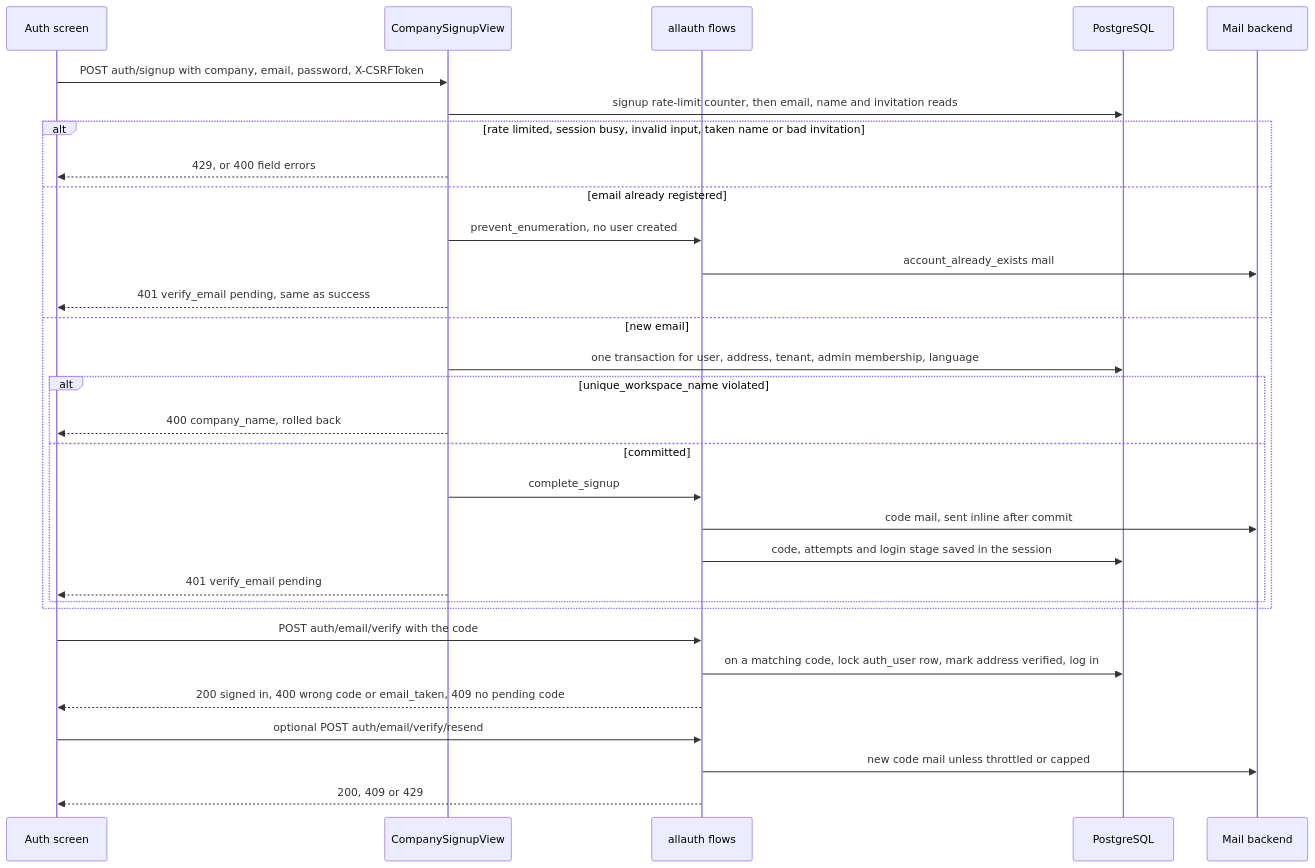
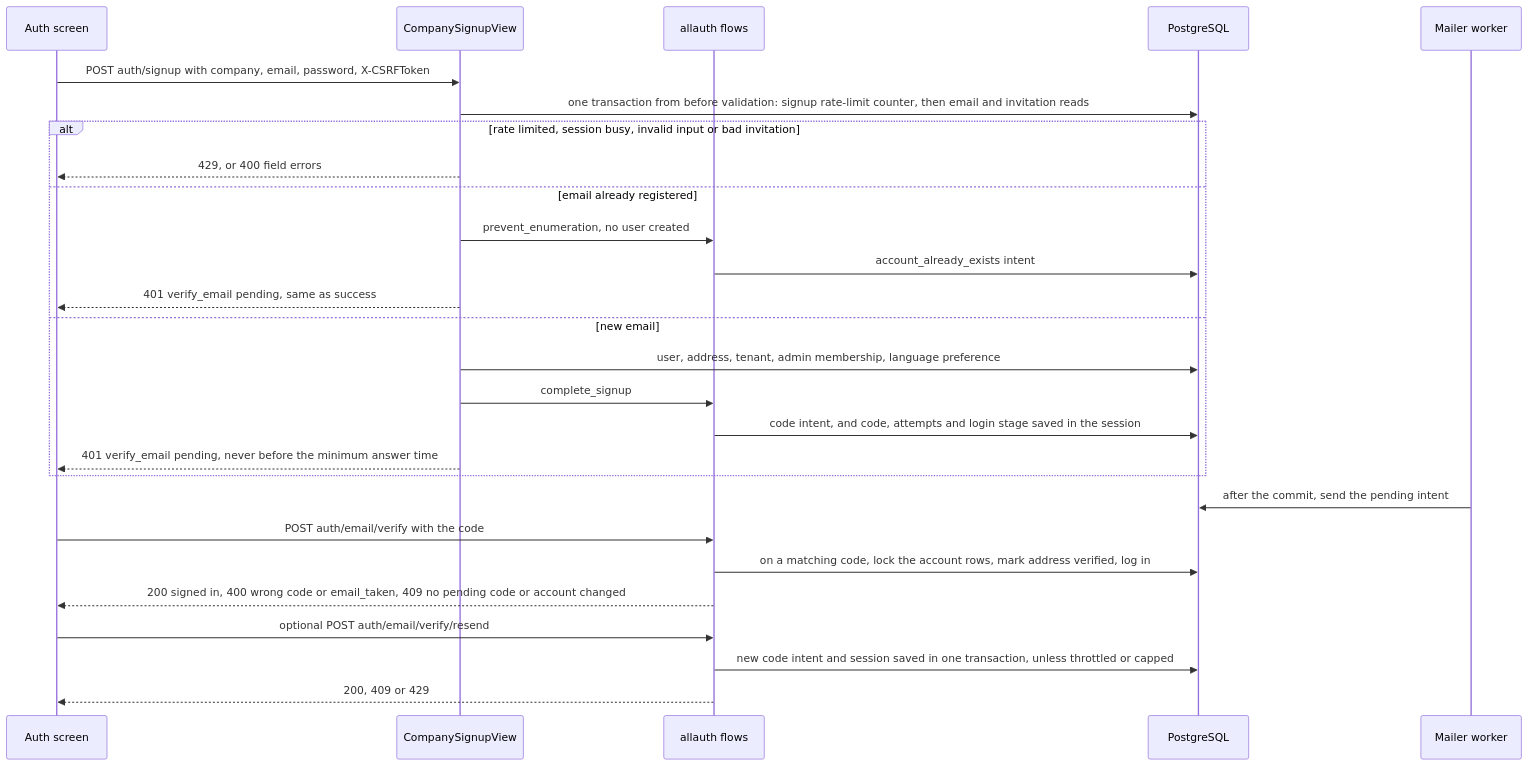
Before and after one commit to erkurtharun/pyracast: the diagram in docs/flows/company-signup.md, drawn with Mermaid. The commit also changed other lines of this file and 85 other files, not shown here.

First line of the commit message:
Bring the flow pages in line with the code (#107)

````diff
--- a/docs/flows/company-signup.md
+++ b/docs/flows/company-signup.md
@@ -13,33 +14,29 @@
 ```mermaid
 sequenceDiagram
     participant UI as Auth screen
     participant V as CompanySignupView
     participant A as allauth flows
     participant DB as PostgreSQL
-    participant M as Mail backend
+    participant W as Mailer worker
     UI->>V: POST auth/signup with company, email, password, X-CSRFToken
-    V->>DB: signup rate-limit counter, then email, name and invitation reads
-    alt rate limited, session busy, invalid input, taken name or bad invitation
+    V->>DB: one transaction from before validation: signup rate-limit counter, then email and invitation reads
+    alt rate limited, session busy, invalid input or bad invitation
         V-->>UI: 429, or 400 field errors
     else email already registered
         V->>A: prevent_enumeration, no user created
-        A->>M: account_already_exists mail
+        A->>DB: account_already_exists intent
         V-->>UI: 401 verify_email pending, same as success
     else new email
-        V->>DB: one transaction for user, address, tenant, admin membership, language
-        alt unique_workspace_name violated
-            V-->>UI: 400 company_name, rolled back
-        else committed
-            V->>A: complete_signup
-            A->>M: code mail, sent inline after commit
-            A->>DB: code, attempts and login stage saved in the session
-            V-->>UI: 401 verify_email pending
-        end
+        V->>DB: user, address, tenant, admin membership, language preference
+        V->>A: complete_signup
+        A->>DB: code intent, and code, attempts and login stage saved in the session
+        V-->>UI: 401 verify_email pending, never before the minimum answer time
     end
+    W->>DB: after the commit, send the pending intent
     UI->>A: POST auth/email/verify with the code
-    A->>DB: on a matching code, lock auth_user row, mark address verified, log in
-    A-->>UI: 200 signed in, 400 wrong code or email_taken, 409 no pending code
+    A->>DB: on a matching code, lock the account rows, mark address verified, log in
+    A-->>UI: 200 signed in, 400 wrong code or email_taken, 409 no pending code or account changed
     UI->>A: optional POST auth/email/verify/resend
-    A->>M: new code mail unless throttled or capped
+    A->>DB: new code intent and session saved in one transaction, unless throttled or capped
     A-->>UI: 200, 409 or 429
 ```
````
